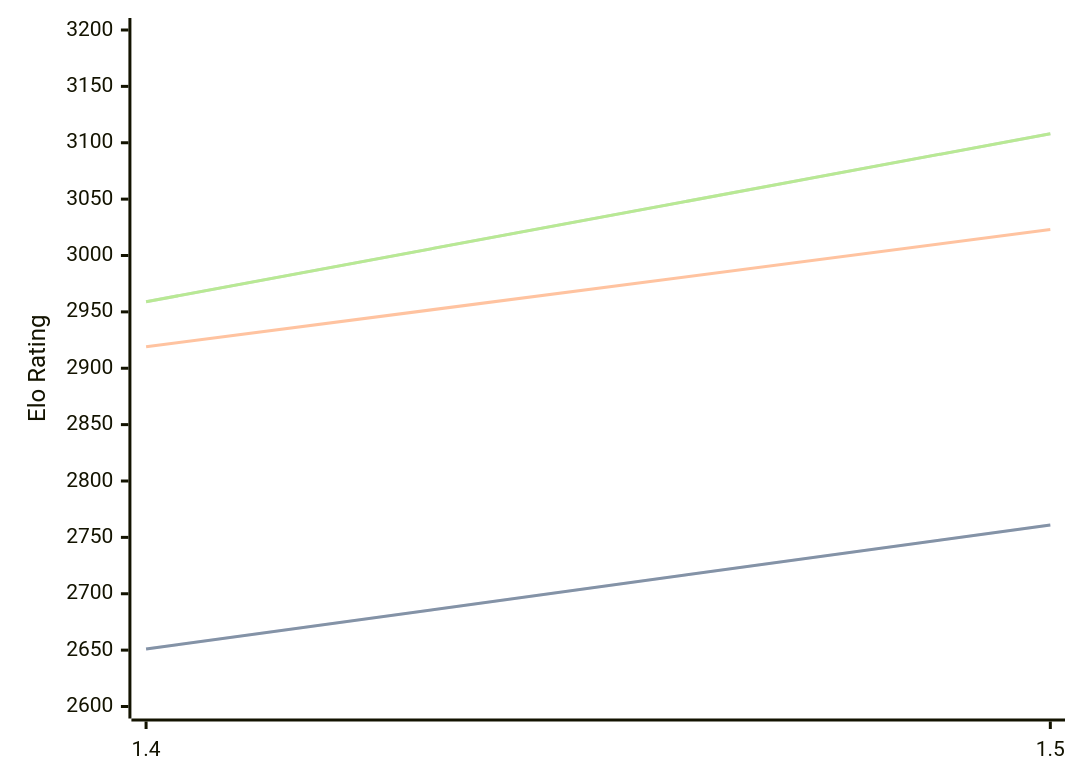
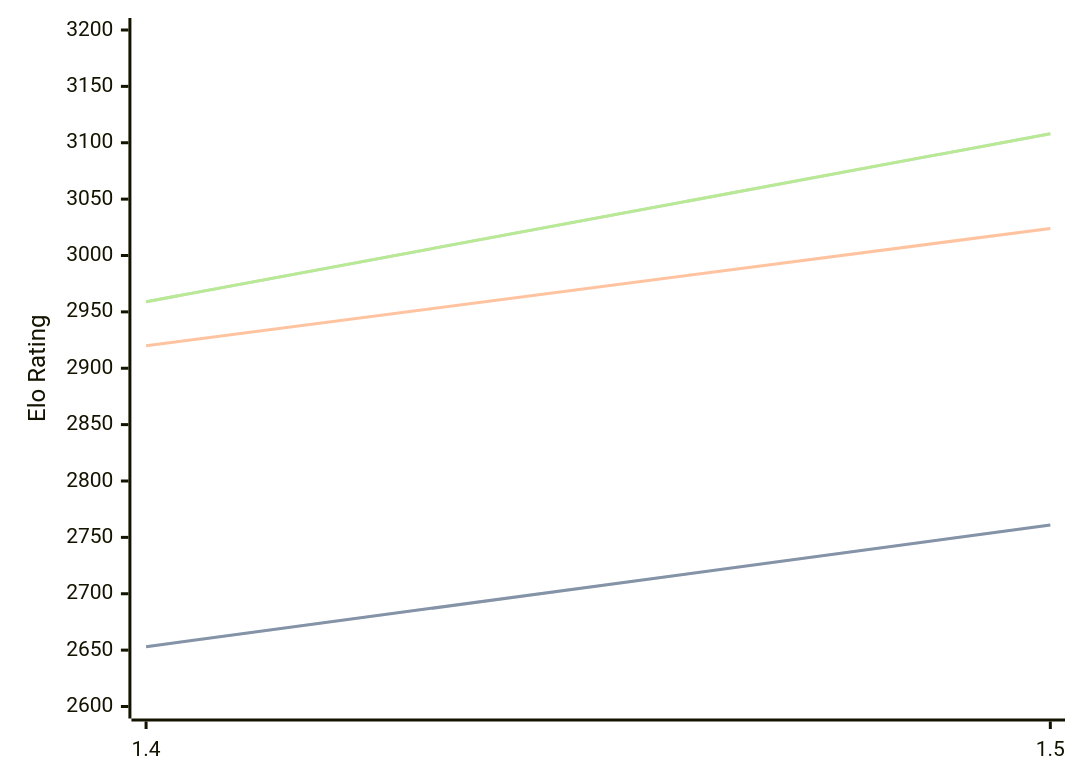
The diagram in engines/Yakka.md (computer-chess-index/cci), drawn with Mermaid before and after one commit. The commit also changed other lines of this file, not shown here.

````diff
--- a/engines/Yakka.md
+++ b/engines/Yakka.md
@@ -32,11 +32,11 @@
 ```mermaid
 %%{init: {"theme":"base","themeVariables":{"seriesColors:['#a3a3a3','#222221','#faa371']}}}%%
 xychart-beta
   x-axis ["1.4", "1.5"]
   y-axis "Elo Rating" 2600 --> 3200
-  line "" [2651, 2761]
-  line "STC (8.0+0.08s)" [2651, 2761]
-  line "LTC (60.0+0.60s)" [2919, 3023]
+  line "" [2653, 2761]
+  line "STC (8.0+0.08s)" [2653, 2761]
+  line "LTC (60.0+0.60s)" [2920, 3024]
   line "" [2959, 3108]
   line "VLTC (2m24s+1.12s)" [2959, 3108]
 ```
````
